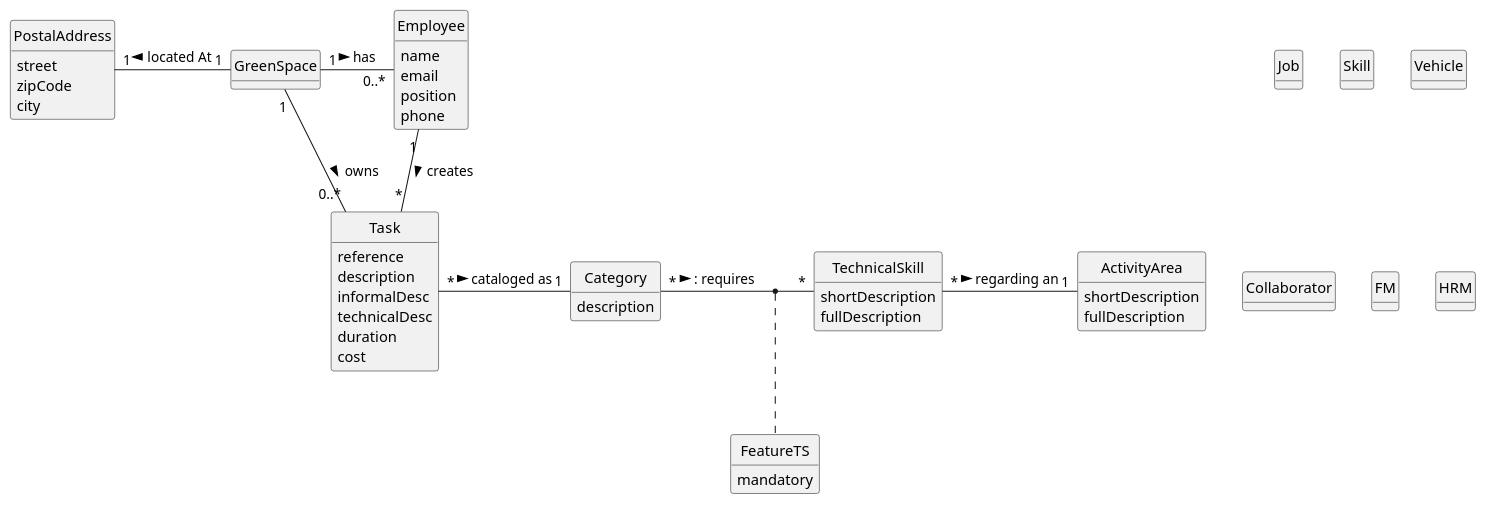
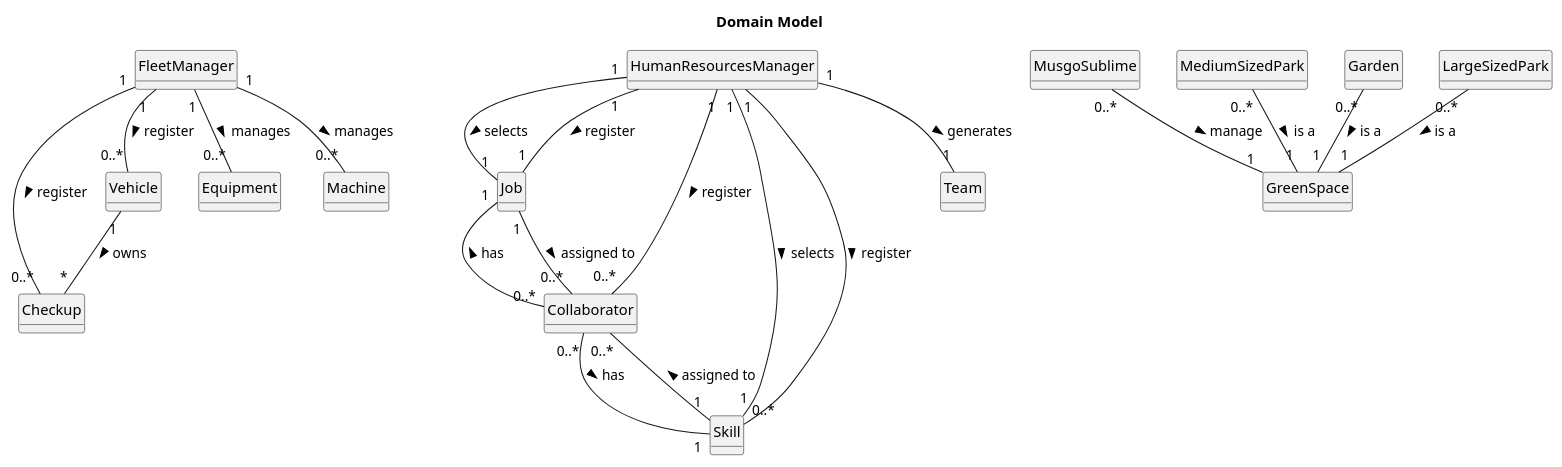
One commit to daniel41silva05/ISEP_2023_2024_LAPR2 changed the diagram in docs/sprintA/global-artifacts/02.analysis/puml/project-domain-model.puml. Above: the diagram before and after it, drawn with PlantUML. The commit also changed 1 other file, not shown here.

Commit message:
Update Associations/Domain Model

```diff
--- a/docs/sprintA/global-artifacts/02.analysis/puml/project-domain-model.puml
+++ b/docs/sprintA/global-artifacts/02.analysis/puml/project-domain-model.puml
@@ -1,89 +1,50 @@
 @startuml
 skinparam monochrome true
 skinparam packageStyle rectangle
 skinparam shadowing false
-'skinparam linetype ortho
-'left to right direction
+
 skinparam classAttributeIconSize 0
 hide circle
 hide methods
 
-'title Domain Model
-
-'class Platform {
-'  -description
-'}
-
-class GreenSpace {
-}
-
-class Task {
-    reference
-    description
-    informalDesc
-    technicalDesc
-    duration
-    cost
-}
-
-class Category {
-    description
-}
-
-class Employee {
-    name
-    email
-    position
-    phone
-}
-
-class TechnicalSkill{
-    shortDescription
-    fullDescription
-}
-
-class ActivityArea{
-    shortDescription
-    fullDescription
-}
-
-class FeatureTS{
-    mandatory
-}
-
-class PostalAddress{
-    street
-    zipCode
-    city
-}
+title Domain Model
 
 class Job {
 }
 
 class Skill {
 }
 
 class Vehicle {
 }
 
 class Collaborator {
 }
 
-class FM {
+class FleetManager {
 }
 
-class HRM {
+class HumanResourcesManager {
 }
 
-GreenSpace "1" - "0..*" Employee : has >
-GreenSpace "1" - "0..*" Task: owns >
-Employee "1" -- "*" Task : creates >
-Task "*" - "1" Category: cataloged as >
-TechnicalSkill "*" - "1" ActivityArea: regarding an >
-
-Category "*" - "*" TechnicalSkill :  : requires >
-(Category, TechnicalSkill) . FeatureTS
-
-GreenSpace "1" -left "1" PostalAddress : located At >
+MusgoSublime "0..*" -- "1" GreenSpace : manage >
+MediumSizedPark "0..*" -- "1" GreenSpace : is a >
+Garden "0..*" -- "1" GreenSpace : is a >
+LargeSizedPark "0..*" -- "1" GreenSpace : is a >
+Collaborator "0..*" -- "1" Job : has >
+Collaborator "0..*" -- "1" Skill : has >
+HumanResourcesManager "1" -- "1" Job : selects  >
+HumanResourcesManager "1" -- "1" Skill : selects  >
+HumanResourcesManager "1" -- "1" Job : register  >
+Job "1" -- "0..*" Collaborator : assigned to >
+Skill "1" -- "0..*" Collaborator : assigned to >
+HumanResourcesManager "1" -- "0..*" Collaborator : register >
+HumanResourcesManager "1" -- "0..*" Skill : register >
+HumanResourcesManager "1" -- "1" Team : generates >
+FleetManager "1" -- "0..*" Vehicle : register >
+FleetManager "1" -- "0..*" Equipment : manages >
+FleetManager "1" -- "0..*" Machine : manages >
+FleetManager "1" - "0..*" Checkup : register >
+Vehicle "1" -- "*" Checkup : owns >
 
 @enduml
```
